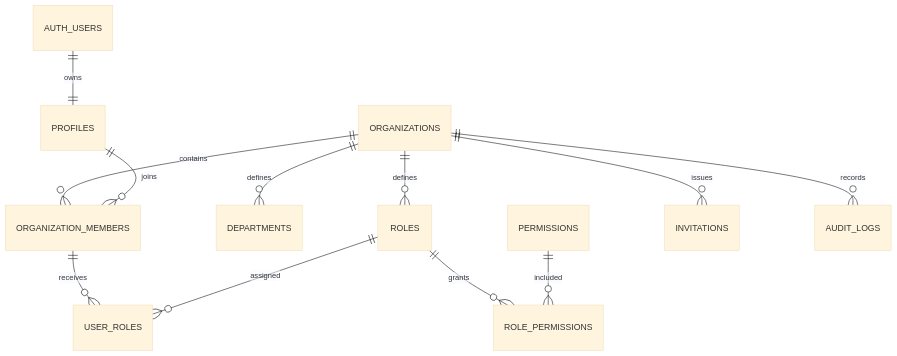
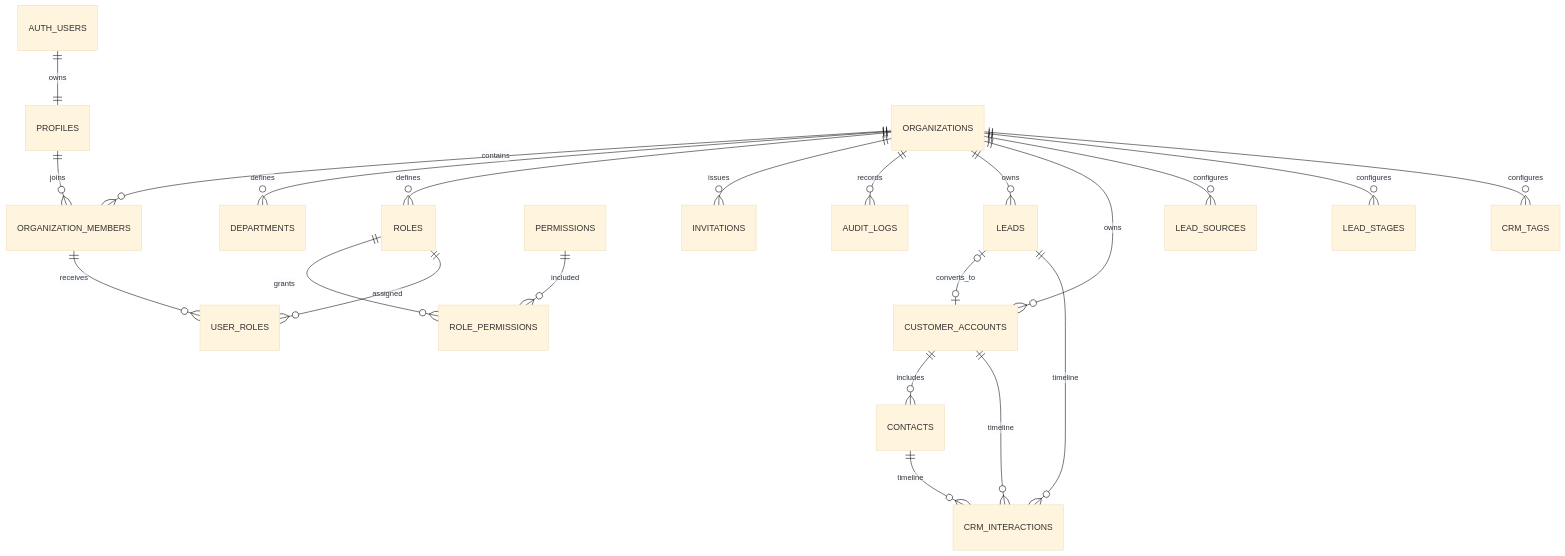
Before and after one commit to abdelazizelgendy/CRM: the diagram in docs/ARCHITECTURE.md, drawn with Mermaid (base theme). The commit also changed other lines of this file and 35 other files, not shown here.

````diff
--- a/docs/ARCHITECTURE.md
+++ b/docs/ARCHITECTURE.md
@@ -3,14 +3,24 @@
 ```mermaid
 erDiagram
   AUTH_USERS ||--|| PROFILES : owns
   ORGANIZATIONS ||--o{ ORGANIZATION_MEMBERS : contains
   PROFILES ||--o{ ORGANIZATION_MEMBERS : joins
   ORGANIZATIONS ||--o{ DEPARTMENTS : defines
   ORGANIZATIONS ||--o{ ROLES : defines
   ROLES ||--o{ ROLE_PERMISSIONS : grants
   PERMISSIONS ||--o{ ROLE_PERMISSIONS : included
   ORGANIZATION_MEMBERS ||--o{ USER_ROLES : receives
   ROLES ||--o{ USER_ROLES : assigned
   ORGANIZATIONS ||--o{ INVITATIONS : issues
   ORGANIZATIONS ||--o{ AUDIT_LOGS : records
+  ORGANIZATIONS ||--o{ LEADS : owns
+  ORGANIZATIONS ||--o{ CUSTOMER_ACCOUNTS : owns
+  CUSTOMER_ACCOUNTS ||--o{ CONTACTS : includes
+  LEADS o|--o| CUSTOMER_ACCOUNTS : converts_to
+  LEADS ||--o{ CRM_INTERACTIONS : timeline
+  CUSTOMER_ACCOUNTS ||--o{ CRM_INTERACTIONS : timeline
+  CONTACTS ||--o{ CRM_INTERACTIONS : timeline
+  ORGANIZATIONS ||--o{ LEAD_SOURCES : configures
+  ORGANIZATIONS ||--o{ LEAD_STAGES : configures
+  ORGANIZATIONS ||--o{ CRM_TAGS : configures
 ```
````
